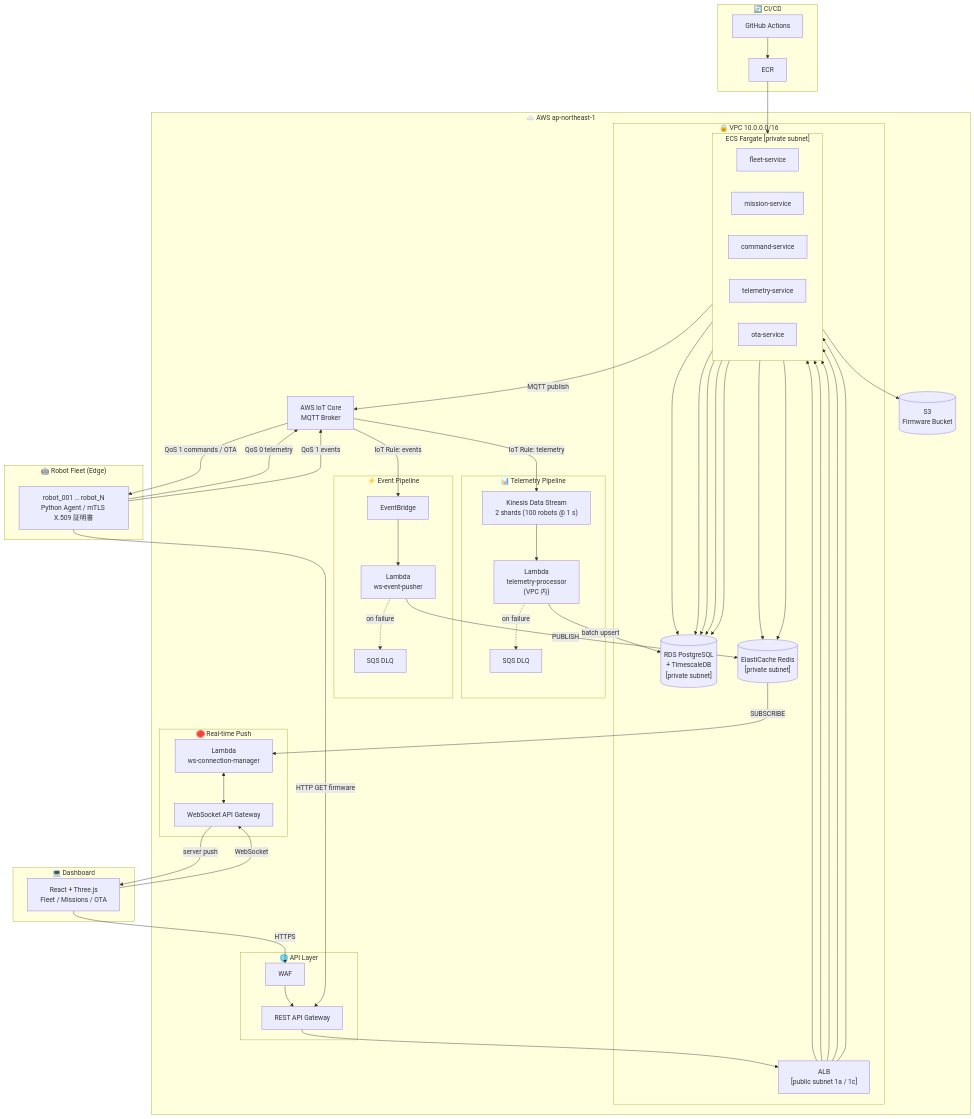
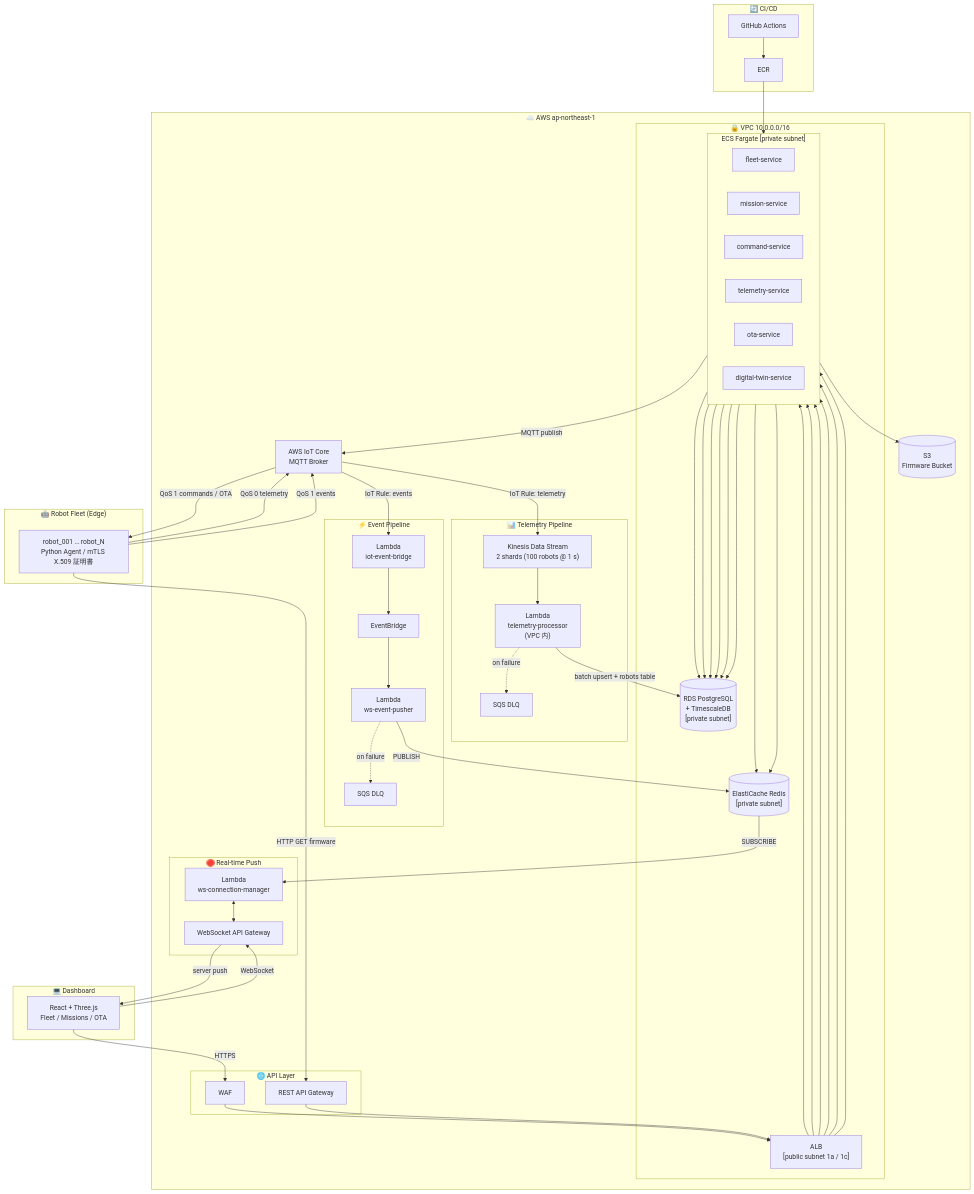
The first of 4 diagrams in docs/robotops-article.md (kojikokojiko/autonomous_cleaning_robot_fleet_platform), drawn with Mermaid before and after one commit. The commit also changed other lines of this file and 3 other files, not shown here.

First line of the commit message:
Update docs and AWS architecture diagram to reflect current config

```diff
--- a/docs/robotops-article.md
+++ b/docs/robotops-article.md
@@ -253,6 +258,7 @@
         end
 
         subgraph EVT_PIPE["⚡ Event Pipeline"]
+            L_IOT_ROUTER["Lambda\niot-event-bridge"]
             EVB["EventBridge"]
             L_EVT["Lambda\nws-event-pusher"]
             DLQ_EVT["SQS DLQ"]
@@ -273,6 +279,7 @@
                 CS["command-service"]
                 TS["telemetry-service"]
                 OTA_SVC["ota-service"]
+                DT_SVC["digital-twin-service"]
             end
 
             RDS[("RDS PostgreSQL\n+ TimescaleDB\n[private subnet]")]
@@ -303,11 +310,12 @@
 
     %% IoT Core → Pipelines
     IOT -- "IoT Rule: telemetry" --> KDS
-    IOT -- "IoT Rule: events" --> EVB
+    IOT -- "IoT Rule: events" --> L_IOT_ROUTER
+    L_IOT_ROUTER --> EVB
 
     %% Telemetry pipeline
     KDS --> L_TEL
-    L_TEL -- "batch upsert" --> RDS
+    L_TEL -- "batch upsert + robots table" --> RDS
     L_TEL -.->|"on failure"| DLQ_TEL
 
     %% Event pipeline
@@ -322,15 +330,15 @@
 
     %% Dashboard REST
     UI -- "HTTPS" --> WAF
-    WAF --> REST_GW
+    WAF --> ALB
     REST_GW --> ALB
-    ALB --> FS & MS & CS & TS & OTA_SVC
+    ALB --> FS & MS & CS & TS & OTA_SVC & DT_SVC
 
     %% Dashboard WebSocket
     UI -- "WebSocket" --> WS_GW
 
     %% ECS → Storage
-    FS & MS & CS & TS & OTA_SVC --> RDS
+    FS & MS & CS & TS & OTA_SVC & DT_SVC --> RDS
     FS & CS --> REDIS
     OTA_SVC --> S3
 
```
